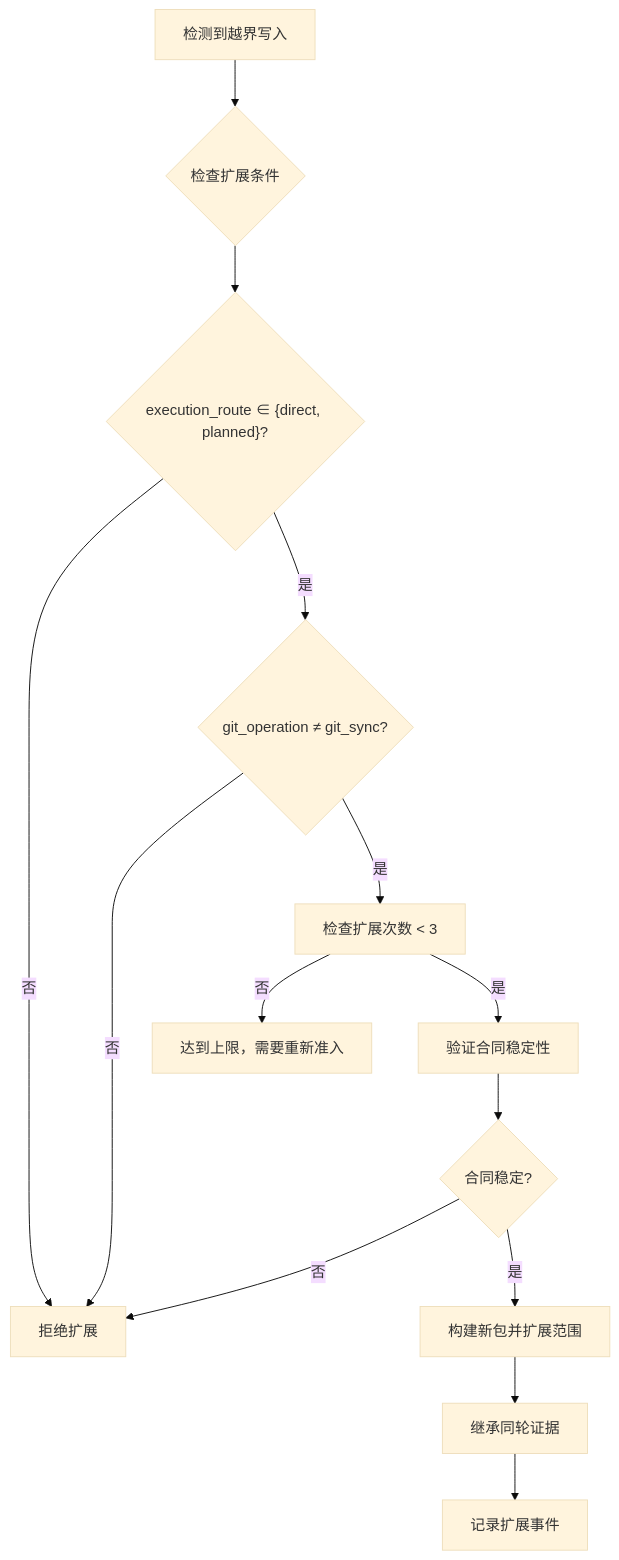
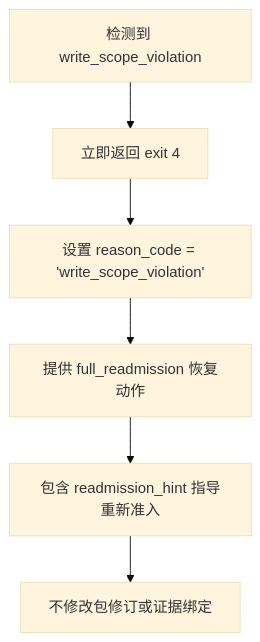
The eighth of 9 diagrams in .qoder/repowiki/zh/content/任务管理/范围评估与授权.md (HackSing/docs-harness), drawn with Mermaid (base theme) before and after one commit. The commit also changed other lines of this file and 27 other files, not shown here.

````diff
--- a/.qoder/repowiki/zh/content/任务管理/范围评估与授权.md
+++ b/.qoder/repowiki/zh/content/任务管理/范围评估与授权.md
@@ -313,16 +307,8 @@
 ```mermaid
 flowchart TD
-A["检测到越界写入"] --> B{"检查扩展条件"}
-B --> C{"execution_route ∈ {direct, planned}?"}
-C --> |否| D["拒绝扩展"]
-C --> |是| E{"git_operation ≠ git_sync?"}
-E --> |否| D
-E --> |是| F["检查扩展次数 < 3"]
-F --> |否| G["达到上限，需要重新准入"]
-F --> |是| H["验证合同稳定性"]
-H --> I{"合同稳定?"}
-I --> |否| D
-I --> |是| J["构建新包并扩展范围"]
-J --> K["继承同轮证据"]
-K --> L["记录扩展事件"]
+A["检测到 write_scope_violation"] --> B["立即返回 exit 4"]
+B --> C["设置 reason_code = 'write_scope_violation'"]
+C --> D["提供 full_readmission 恢复动作"]
+D --> E["包含 readmission_hint 指导重新准入"]
+E --> F["不修改包修订或证据绑定"]
 ```
````
